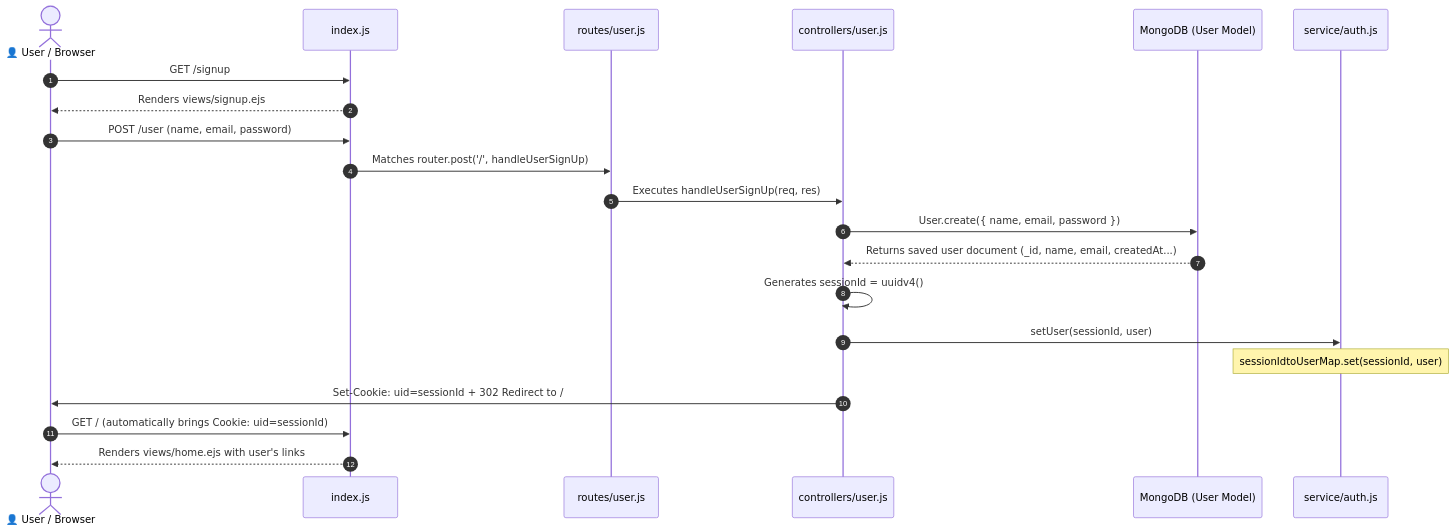
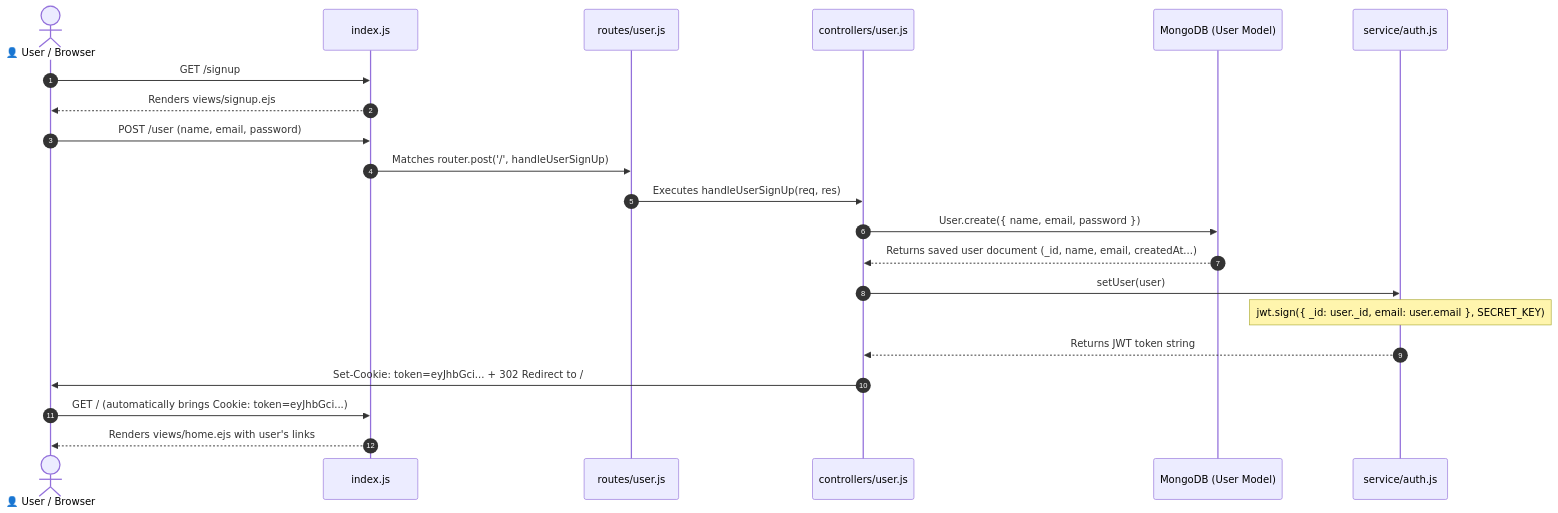
The second of 6 diagrams in short-url/AUTH_FLOW.md (divyal-11/backend-work), drawn with Mermaid before and after one commit. The commit also changed other lines of this file, not shown here.

Commit message:
updated auth flow - JWT based

````diff
--- a/short-url/AUTH_FLOW.md
+++ b/short-url/AUTH_FLOW.md
@@ -74,28 +108,28 @@
 ```mermaid
 sequenceDiagram
     autonumber
     actor User as 👤 User / Browser
     participant Index as index.js
     participant Route as routes/user.js
     participant Ctrl as controllers/user.js
     participant DB as MongoDB (User Model)
-    participant Auth as service/auth.js
+    participant JWT as service/auth.js
 
     User->>Index: GET /signup
     Index-->>User: Renders views/signup.ejs
 
     User->>Index: POST /user (name, email, password)
     Index->>Route: Matches router.post('/', handleUserSignUp)
     Route->>Ctrl: Executes handleUserSignUp(req, res)
     
     Ctrl->>DB: User.create({ name, email, password })
     DB-->>Ctrl: Returns saved user document (_id, name, email, createdAt...)
 
-    Ctrl->>Ctrl: Generates sessionId = uuidv4()
-    Ctrl->>Auth: setUser(sessionId, user)
-    Note over Auth: sessionIdtoUserMap.set(sessionId, user)
+    Ctrl->>JWT: setUser(user)
+    Note over JWT: jwt.sign({ _id: user._id, email: user.email }, SECRET_KEY)
+    JWT-->>Ctrl: Returns JWT token string
 
-    Ctrl->>User: Set-Cookie: uid=sessionId + 302 Redirect to /
-    User->>Index: GET / (automatically brings Cookie: uid=sessionId)
+    Ctrl->>User: Set-Cookie: token=eyJhbGci... + 302 Redirect to /
+    User->>Index: GET / (automatically brings Cookie: token=eyJhbGci...)
     Index-->>User: Renders views/home.ejs with user's links
 ```
````
